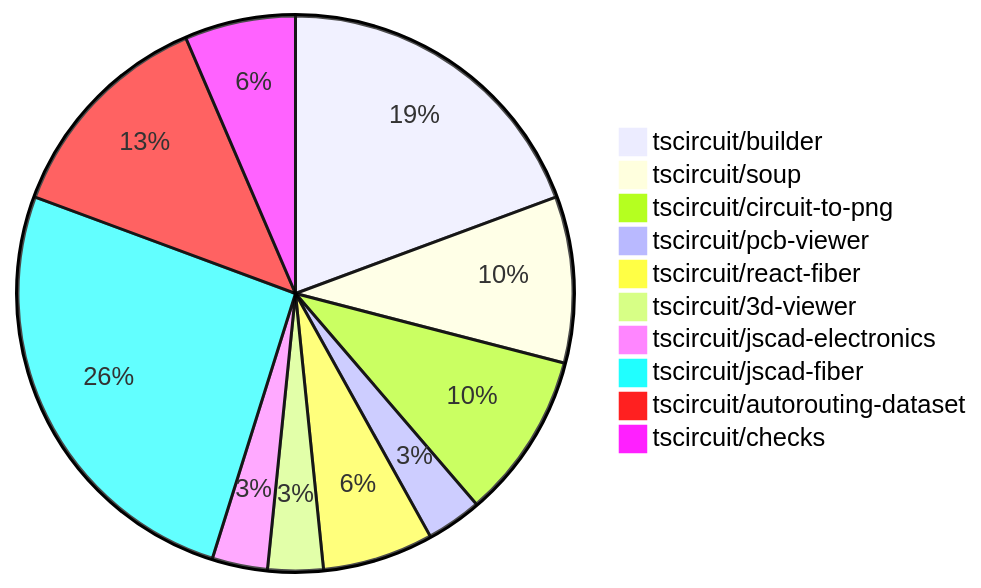
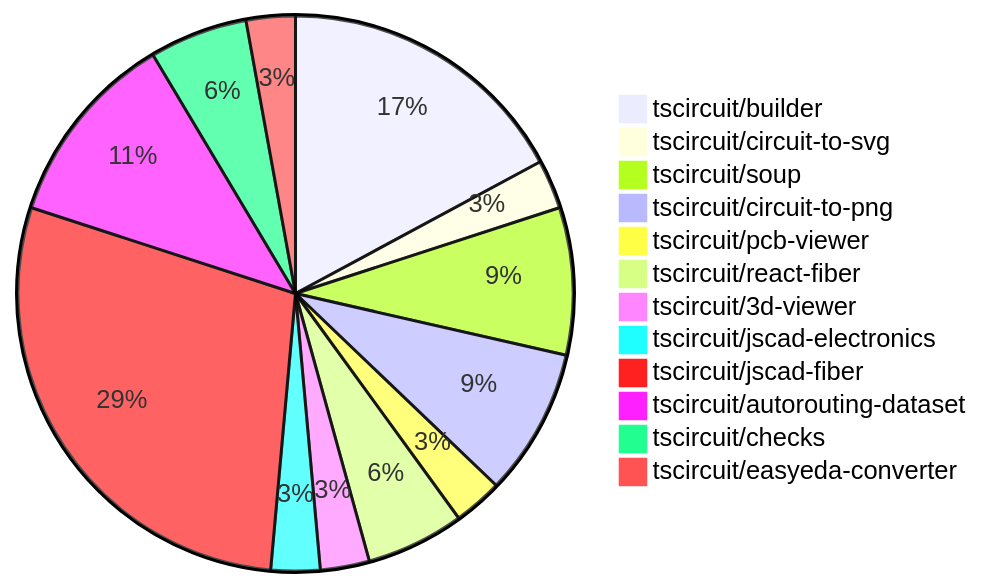
Before and after one commit to tscircuit/contribution-tracker: the diagram in README.md, drawn with Mermaid. The commit also changed other lines of this file and 1 other file, not shown here.

````diff
--- a/README.md
+++ b/README.md
@@ -24,13 +24,15 @@
 ```mermaid
 pie
     "tscircuit/builder" : 6
+    "tscircuit/circuit-to-svg" : 1
     "tscircuit/soup" : 3
     "tscircuit/circuit-to-png" : 3
     "tscircuit/pcb-viewer" : 1
     "tscircuit/react-fiber" : 2
     "tscircuit/3d-viewer" : 1
     "tscircuit/jscad-electronics" : 1
-    "tscircuit/jscad-fiber" : 8
+    "tscircuit/jscad-fiber" : 10
     "tscircuit/autorouting-dataset" : 4
     "tscircuit/checks" : 2
+    "tscircuit/easyeda-converter" : 1
 ```
````
